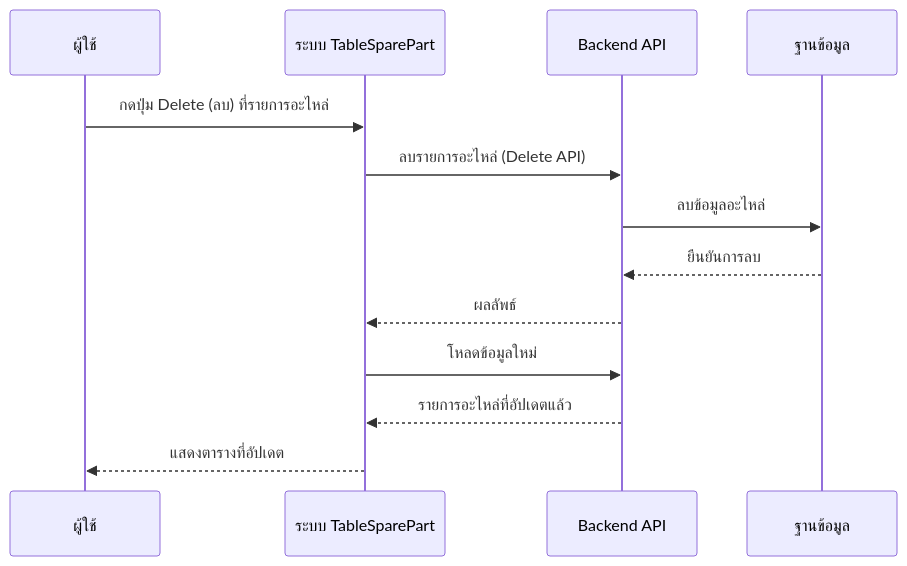
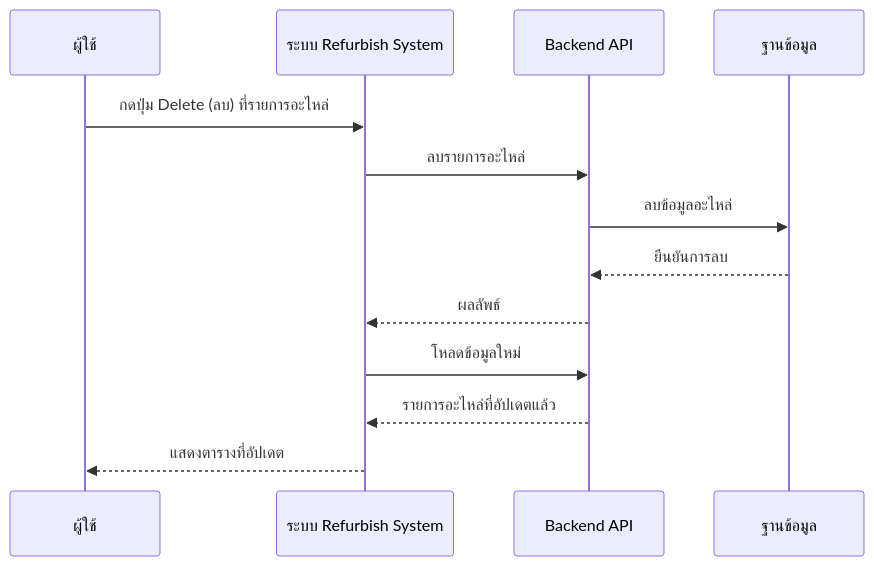
Before and after one commit to akkdach/pro-iot-mobile: the fifth of 5 diagrams in docs/TableSparePart_SequenceDiagram.md, drawn with Mermaid. The commit also changed other lines of this file and 10 other files, not shown here.

````diff
--- a/docs/TableSparePart_SequenceDiagram.md
+++ b/docs/TableSparePart_SequenceDiagram.md
@@ -86,16 +86,16 @@
 ```mermaid
 sequenceDiagram
     participant U as ผู้ใช้
-    participant SP as ระบบ TableSparePart
+    participant SP as ระบบ Refurbish System
     participant API as Backend API
     participant DB as ฐานข้อมูล
 
     U->>SP: กดปุ่ม Delete (ลบ) ที่รายการอะไหล่
-    SP->>API: ลบรายการอะไหล่ (Delete API)
+    SP->>API: ลบรายการอะไหล่
     API->>DB: ลบข้อมูลอะไหล่
     DB-->>API: ยืนยันการลบ
     API-->>SP: ผลลัพธ์
     SP->>API: โหลดข้อมูลใหม่
     API-->>SP: รายการอะไหล่ที่อัปเดตแล้ว
     SP-->>U: แสดงตารางที่อัปเดต
 ```
````
